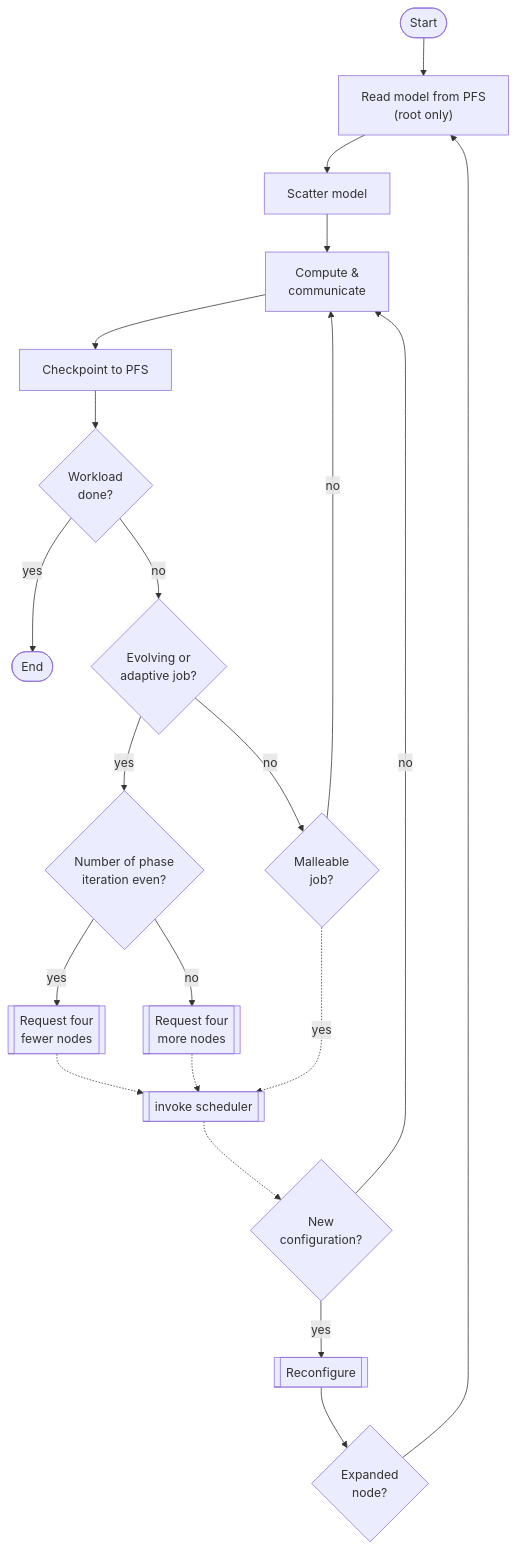
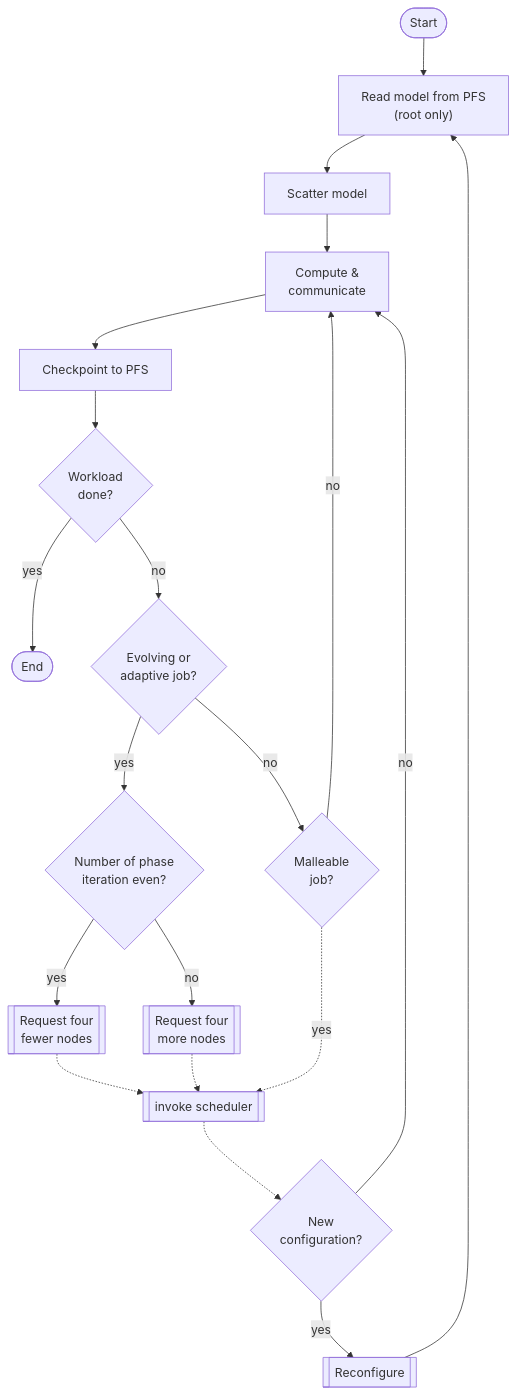
The diagram in get-started/quickstart.md (elastisim/elastisim.github.io), drawn with Mermaid before and after one commit.

Commit message:
Update application model flowchart in quickstart section

````diff
--- a/get-started/quickstart.md
+++ b/get-started/quickstart.md
@@ -53,25 +53,24 @@
 ```mermaid
 flowchart TD
     Start([Start])
     Start --> Read["Read model from PFS<br>(root only)"]
     Read --> Scatter[Scatter model]
     Scatter --> Compute[Compute &<br>communicate]
     Compute --> Write[Checkpoint to PFS]
     Write --> WD{Workload<br>done?}
     WD -->|yes| Stop([End])
     WD -->|no| Evol{Evolving or<br>adaptive job?}
     Evol -->|yes| Even{Number of phase<br>iteration even?}
     Evol -->|no| Mall{Malleable<br>job?}
     Even -->|yes| Req_more[[Request four<br>fewer nodes]]
     Even -->|no| Req_fewer[[Request four<br>more nodes]]
     Req_more -.-> Inv
     Req_fewer -.-> Inv
     Mall -.->|yes| Inv
     Inv[[invoke scheduler]]
     Inv -.-> NC{New<br>configuration?}
     Mall -->|no| Compute
     NC -->|no| Compute
     NC -->|yes| Reconf[[Reconfigure]]
-    Reconf --> Expanded{Expanded<br>node?}
-    Expanded --> Read
+    Reconf --> Read
 ```
````
